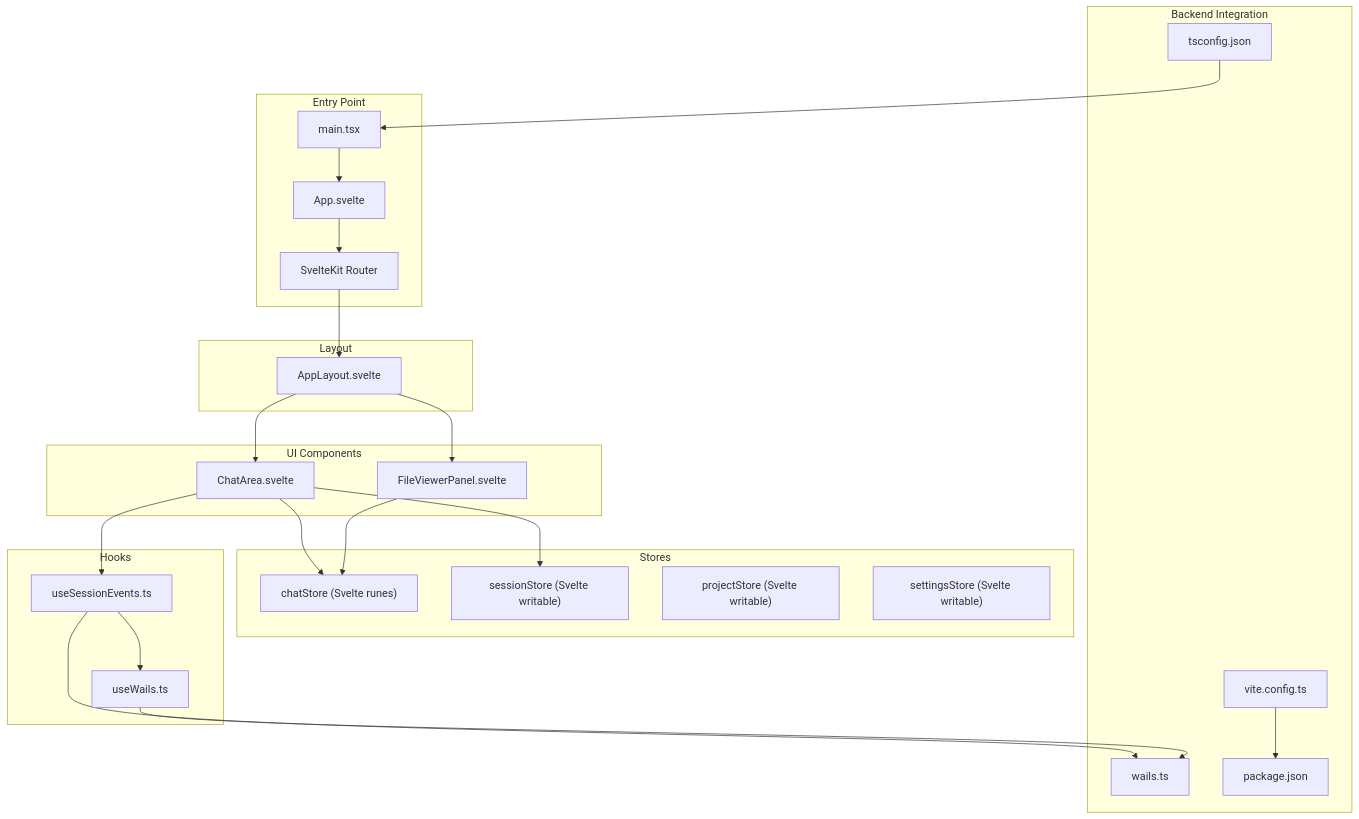
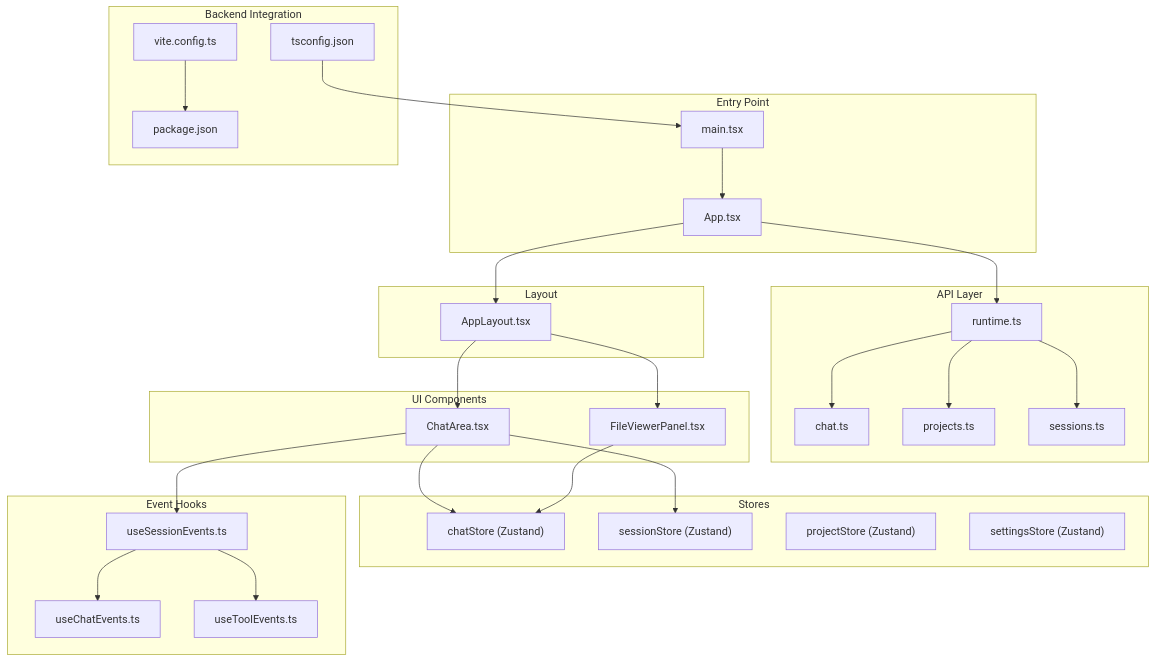
The first of 7 diagrams in .qoder/repowiki/en/content/Architecture/Frontend Application Architecture.md (v0lka/c0wrk), drawn with Mermaid before and after one commit. The commit also changed other lines of this file and 13 other files, not shown here.

````diff
--- a/.qoder/repowiki/en/content/Architecture/Frontend Application Architecture.md
+++ b/.qoder/repowiki/en/content/Architecture/Frontend Application Architecture.md
@@ -57,45 +62,52 @@
 ```mermaid
 graph TB
 subgraph "Entry Point"
 M["main.tsx"]
-A["App.svelte"]
-SK["SvelteKit Router"]
+A["App.tsx"]
+end
+subgraph "API Layer"
+RT["runtime.ts"]
+CH["chat.ts"]
+PR["projects.ts"]
+SE["sessions.ts"]
 end
 subgraph "Layout"
-AL["AppLayout.svelte"]
+AL["AppLayout.tsx"]
 end
 subgraph "UI Components"
-CA["ChatArea.svelte"]
-FVP["FileViewerPanel.svelte"]
+CA["ChatArea.tsx"]
+FVP["FileViewerPanel.tsx"]
 end
 subgraph "Stores"
-CS["chatStore (Svelte runes)"]
-SS["sessionStore (Svelte writable)"]
-PS["projectStore (Svelte writable)"]
-SETS["settingsStore (Svelte writable)"]
+CS["chatStore (Zustand)"]
+SS["sessionStore (Zustand)"]
+PS["projectStore (Zustand)"]
+SETS["settingsStore (Zustand)"]
 end
-subgraph "Hooks"
-UWL["useWails.ts"]
+subgraph "Event Hooks"
 USE["useSessionEvents.ts"]
+UCE["useChatEvents.ts"]
+UTE["useToolEvents.ts"]
 end
 subgraph "Backend Integration"
-WLIB["wails.ts"]
 VCFG["vite.config.ts"]
 PKG["package.json"]
 TSC["tsconfig.json"]
 end
 M --> A
-A --> SK
-SK --> AL
+A --> RT
+RT --> CH
+RT --> PR
+RT --> SE
+A --> AL
 AL --> CA
 AL --> FVP
 CA --> CS
 CA --> SS
 CA --> USE
 FVP --> CS
-USE --> UWL
-USE --> WLIB
-UWL --> WLIB
+USE --> UCE
+USE --> UTE
 VCFG --> PKG
 TSC --> M
 ```
````
